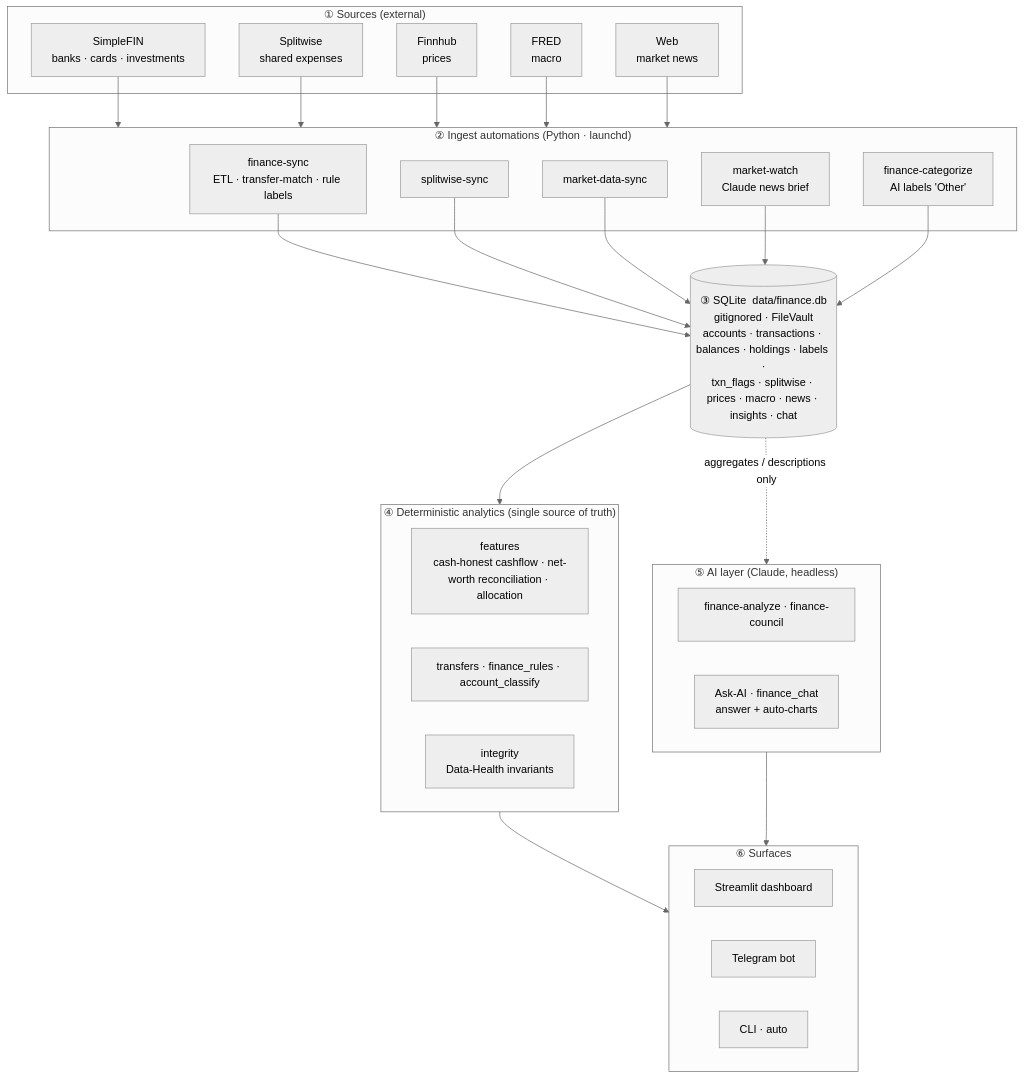
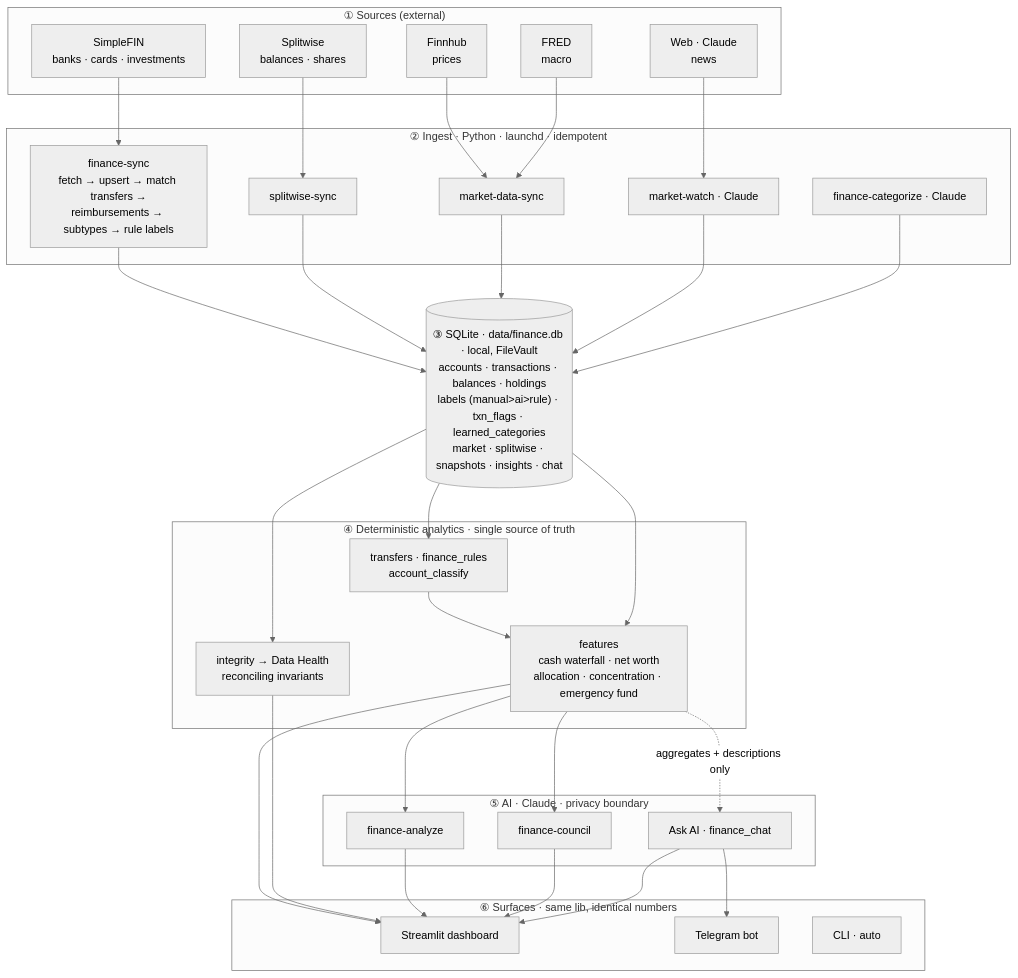
The diagram in README.md (abhinav-dholi/my-automations), drawn with Mermaid (neutral theme) before and after one commit. The commit also changed other lines of this file and 3 other files, not shown here.

First line of the commit message:
Docs: detailed flow, clean Mermaid, module reference, diagram render

````diff
--- a/README.md
+++ b/README.md
@@ -35,39 +36,62 @@
 ```mermaid
 flowchart TB
-    subgraph S["① Sources (external)"]
+    subgraph SRC["① Sources (external)"]
         SF[SimpleFIN<br/>banks · cards · investments]
-        SW[Splitwise<br/>shared expenses]
+        SW[Splitwise<br/>balances · shares]
         FH[Finnhub<br/>prices]
         FR[FRED<br/>macro]
-        WEB[Web<br/>market news]
+        WEB[Web · Claude<br/>news]
     end
-    subgraph I["② Ingest automations (Python · launchd)"]
-        FSY[finance-sync<br/>ETL · transfer-match · rule labels]
+
+    subgraph ING["② Ingest · Python · launchd · idempotent"]
+        FSY["finance-sync<br/>fetch → upsert → match transfers →<br/>reimbursements → subtypes → rule labels"]
         SWS[splitwise-sync]
         MDS[market-data-sync]
-        MW[market-watch<br/>Claude news brief]
-        CAT[finance-categorize<br/>AI labels 'Other']
+        MW[market-watch · Claude]
+        CAT[finance-categorize · Claude]
     end
-    DB[("③ SQLite  data/finance.db<br/>gitignored · FileVault<br/>accounts · transactions · balances · holdings · labels ·<br/>txn_flags · splitwise · prices · macro · news · insights · chat")]
-    subgraph DET["④ Deterministic analytics (single source of truth)"]
-        FEAT[features<br/>cash-honest cashflow · net-worth reconciliation · allocation]
-        RULES[transfers · finance_rules · account_classify]
-        INT[integrity<br/>Data-Health invariants]
+
+    DB[("③ SQLite · data/finance.db · local, FileVault<br/>accounts · transactions · balances · holdings<br/>labels (manual&gt;ai&gt;rule) · txn_flags · learned_categories<br/>market · splitwise · snapshots · insights · chat")]
+
+    subgraph DET["④ Deterministic analytics · single source of truth"]
+        FEAT["features<br/>cash waterfall · net worth<br/>allocation · concentration · emergency fund"]
+        CLS["transfers · finance_rules<br/>account_classify"]
+        INT["integrity → Data Health<br/>reconciling invariants"]
     end
-    subgraph AI["⑤ AI layer (Claude, headless)"]
-        ANA[finance-analyze · finance-council]
-        ASK[Ask-AI · finance_chat<br/>answer + auto-charts]
+
+    subgraph AIL["⑤ AI · Claude · privacy boundary"]
+        ANA[finance-analyze]
+        COU[finance-council]
+        ASK[Ask AI · finance_chat]
     end
-    subgraph U["⑥ Surfaces"]
+
+    subgraph SURF["⑥ Surfaces · same lib, identical numbers"]
         UI[Streamlit dashboard]
         TG[Telegram bot]
         CLI[CLI · auto]
     end
 
-    SF & SW & FH & FR & WEB --> I
-    FSY & SWS & MDS & MW & CAT --> DB
-    DB --> DET
-    DB -. aggregates / descriptions only .-> AI
-    DET --> U
-    AI --> U
+    SF --> FSY
+    SW --> SWS
+    FH --> MDS
+    FR --> MDS
+    WEB --> MW
+    FSY --> DB
+    SWS --> DB
+    MDS --> DB
+    MW --> DB
+    CAT --> DB
+    DB --> CLS
+    CLS --> FEAT
+    DB --> FEAT
+    DB --> INT
+    FEAT --> ANA
+    FEAT --> COU
+    FEAT -. "aggregates + descriptions only" .-> ASK
+    FEAT --> UI
+    INT --> UI
+    ANA --> UI
+    COU --> UI
+    ASK --> UI
+    ASK --> TG
 ```
````
